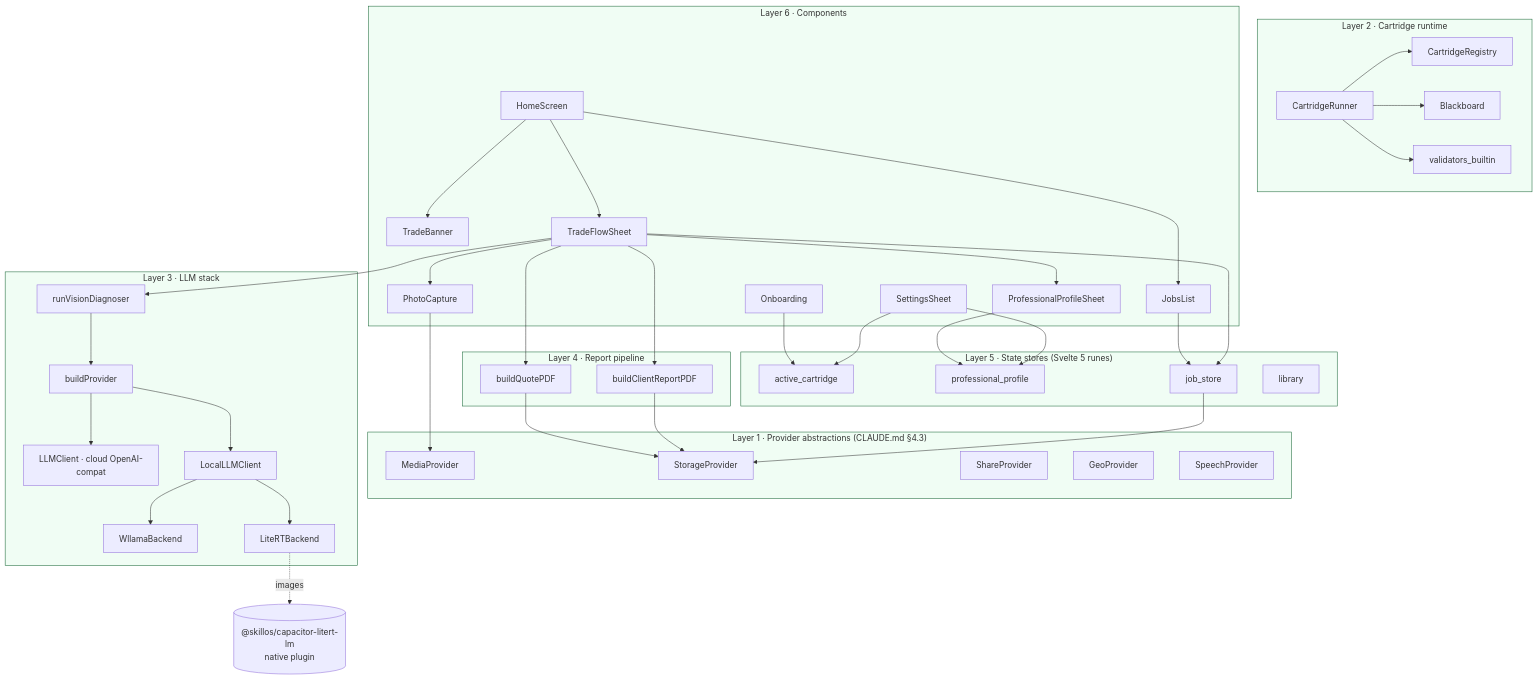
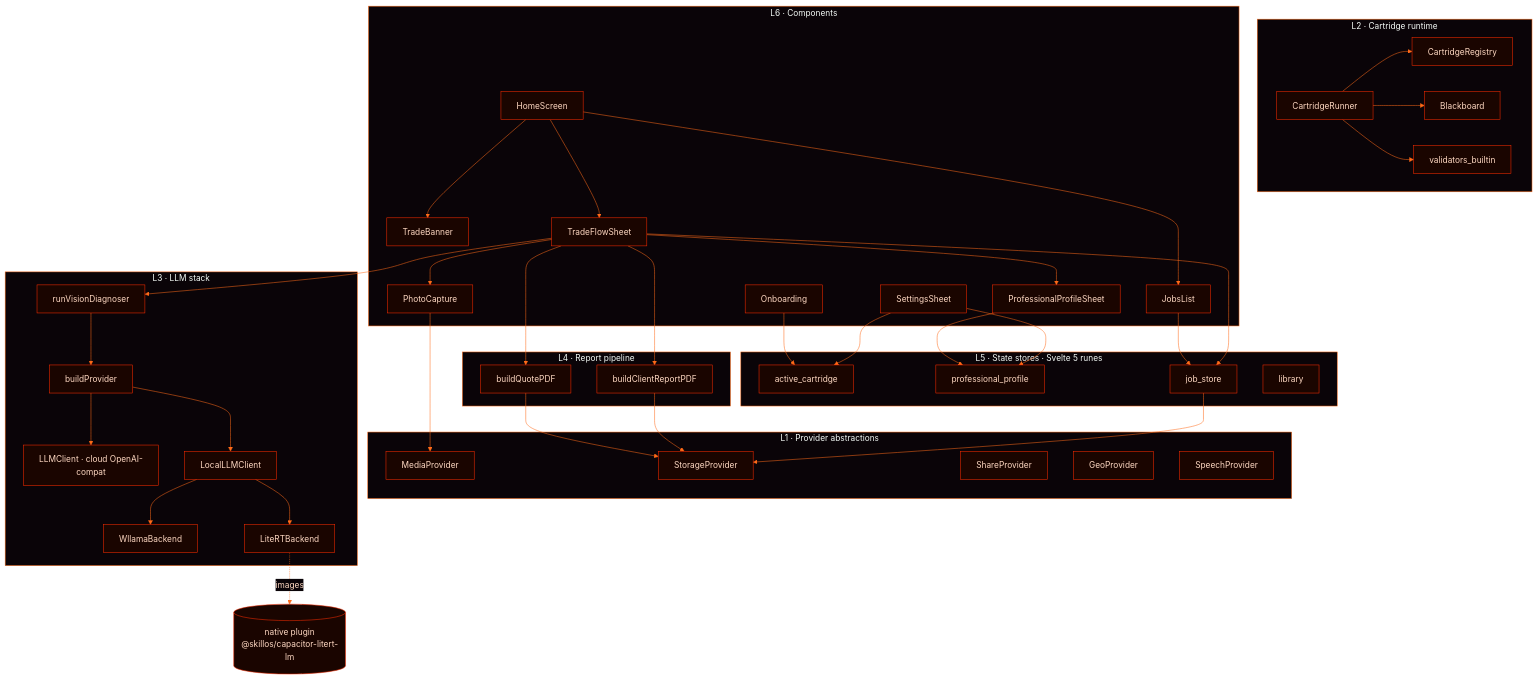
One commit to EvolvingAgentsLabs/skillos_mini changed the fourth of 12 diagrams in docs/ARCHITECTURE.md. Above: the diagram before and after it, drawn with Mermaid. The commit also changed other lines of this file and 9 other files, not shown here.

````diff
--- a/docs/ARCHITECTURE.md
+++ b/docs/ARCHITECTURE.md
@@ -139,81 +153,79 @@
 ```mermaid
+%%{init: {'theme':'base', 'themeVariables': {'primaryColor':'#1a0500','primaryTextColor':'#ffd9c2','primaryBorderColor':'#ff2d00','lineColor':'#ff6b1a','secondaryColor':'#001a24','tertiaryColor':'#0a0408','background':'#0a0408','mainBkg':'#1a0500','clusterBkg':'#0a0408','clusterBorder':'#ff6b1a','edgeLabelBackground':'#0a0408','fontFamily':'ui-monospace, monospace'}}}%%
 flowchart TB
-    subgraph L1["Layer 1 · Provider abstractions (CLAUDE.md §4.3)"]
+    subgraph L1["L1 · Provider abstractions"]
         MP[MediaProvider]
         SP[StorageProvider]
         ShP[ShareProvider]
         GP[GeoProvider]
         SpP[SpeechProvider]
     end
 
-    subgraph L2["Layer 2 · Cartridge runtime"]
+    subgraph L2["L2 · Cartridge runtime"]
         Reg[CartridgeRegistry]
         Run[CartridgeRunner]
         BBClass[Blackboard]
         Vals[validators_builtin]
     end
 
-    subgraph L3["Layer 3 · LLM stack"]
+    subgraph L3["L3 · LLM stack"]
         Build[buildProvider]
         Cloud[LLMClient · cloud OpenAI-compat]
         Local[LocalLLMClient]
         WlB[WllamaBackend]
         LtB[LiteRTBackend]
-        Vision["runVisionDiagnoser"]
+        Vision[runVisionDiagnoser]
     end
 
-    subgraph L4["Layer 4 · Report pipeline"]
-        ReportPDF["buildClientReportPDF"]
-        QuotePDF["buildQuotePDF"]
+    subgraph L4["L4 · Report pipeline"]
+        ReportPDF[buildClientReportPDF]
+        QuotePDF[buildQuotePDF]
     end
 
-    subgraph L5["Layer 5 · State stores (Svelte 5 runes)"]
+    subgraph L5["L5 · State stores · Svelte 5 runes"]
         ActiveC[active_cartridge]
         Profile[professional_profile]
         Job[job_store]
         Library[library]
     end
 
-    subgraph L6["Layer 6 · Components"]
+    subgraph L6["L6 · Components"]
         Home[HomeScreen]
         TBan[TradeBanner]
         Flow[TradeFlowSheet]
         Cap[PhotoCapture]
         ProfSh[ProfessionalProfileSheet]
         JobsLi[JobsList]
         Settings[SettingsSheet]
         Onb[Onboarding]
     end
 
     Run --> Reg
     Run --> BBClass
     Run --> Vals
     Vision --> Build
     Build --> Cloud
     Build --> Local
     Local --> WlB
     Local --> LtB
-    LtB -.->|images| Plugin[("@skillos/capacitor-litert-lm<br/>native plugin")]
+    LtB -.->|images| Plugin[("native plugin<br/>@skillos/capacitor-litert-lm")]
 
     Job --> SP
     ReportPDF --> SP
     QuotePDF --> SP
     Flow --> Cap
     Flow --> ReportPDF
     Flow --> QuotePDF
     Flow --> Vision
     Flow --> Job
     Flow --> ProfSh
     Cap --> MP
     Home --> TBan
     Home --> JobsLi
     Home --> Flow
     Settings --> Profile
     Settings --> ActiveC
     ProfSh --> Profile
     JobsLi --> Job
     Onb --> ActiveC
-
-    classDef layer fill:#f0fdf4,stroke:#166534
-    class L1,L2,L3,L4,L5,L6 layer
 ```
````
